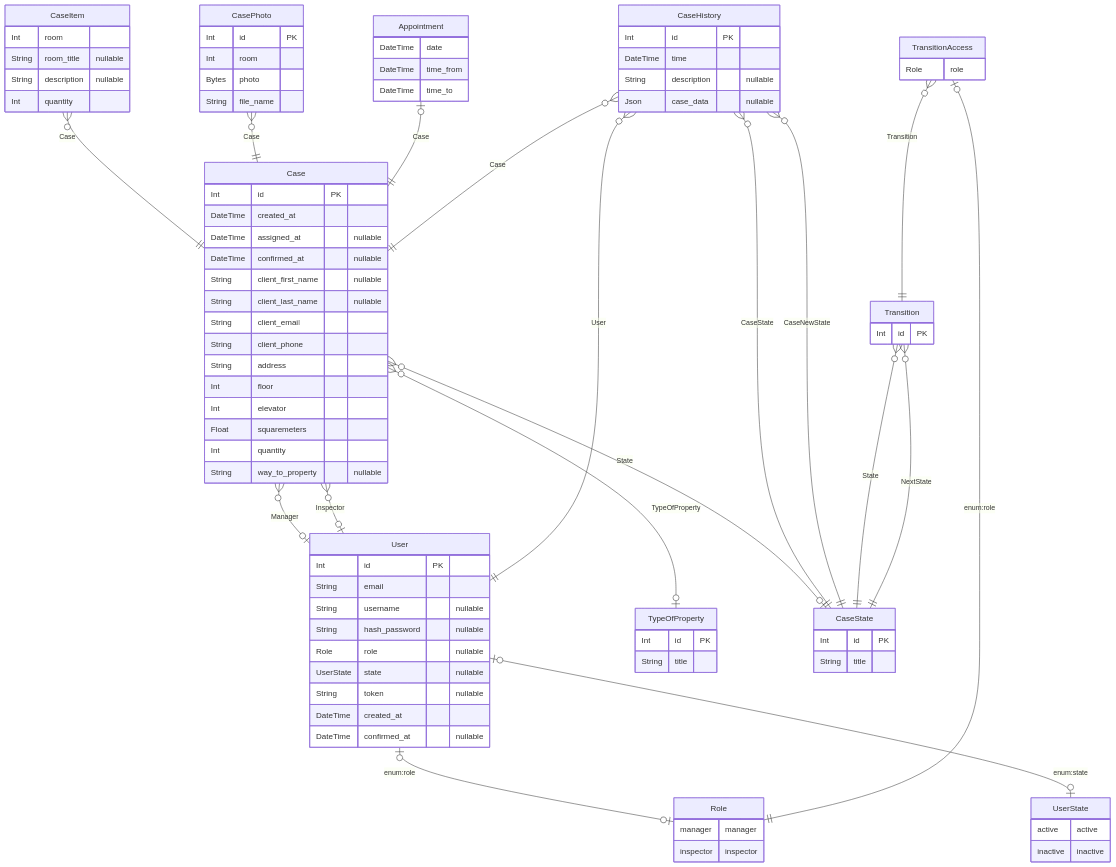
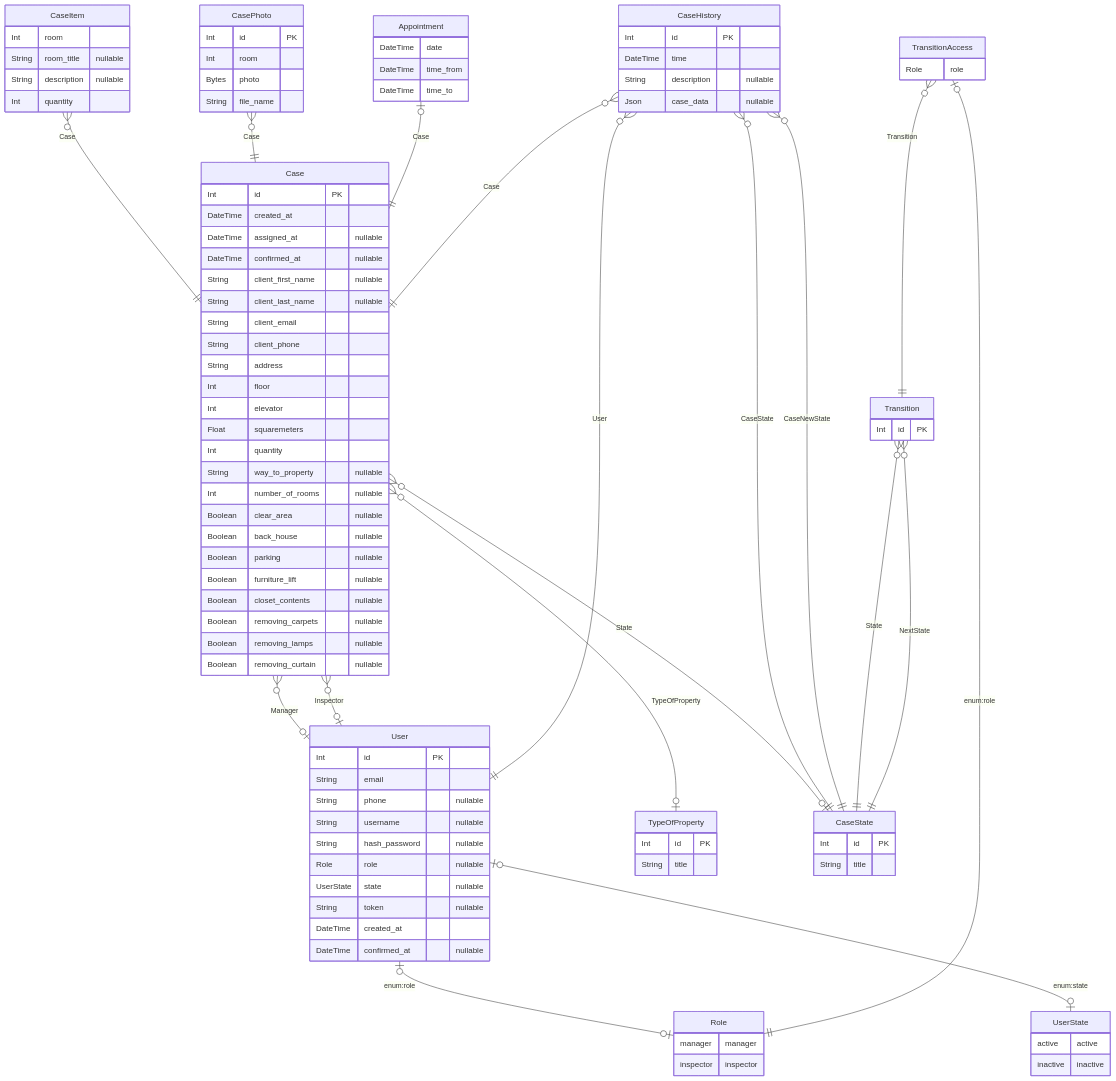
One commit to arkadiyshin/remondis-backend changed the diagram in prisma/ERD.md. Above: the diagram before and after it, drawn with Mermaid. The commit also changed 3 other files, not shown here.

```diff
--- a/prisma/ERD.md
+++ b/prisma/ERD.md
@@ -16,6 +16,7 @@
   User {
     Int id PK 
     String email  
+    String phone  "nullable"
     String username  "nullable"
     String hash_password  "nullable"
     Role role  "nullable"
@@ -41,6 +42,15 @@
     Float squaremeters  
     Int quantity  
     String way_to_property  "nullable"
+    Int number_of_rooms  "nullable"
+    Boolean clear_area  "nullable"
+    Boolean back_house  "nullable"
+    Boolean parking  "nullable"
+    Boolean furniture_lift  "nullable"
+    Boolean closet_contents  "nullable"
+    Boolean removing_carpets  "nullable"
+    Boolean removing_lamps  "nullable"
+    Boolean removing_curtain  "nullable"
     }
   
 
```
